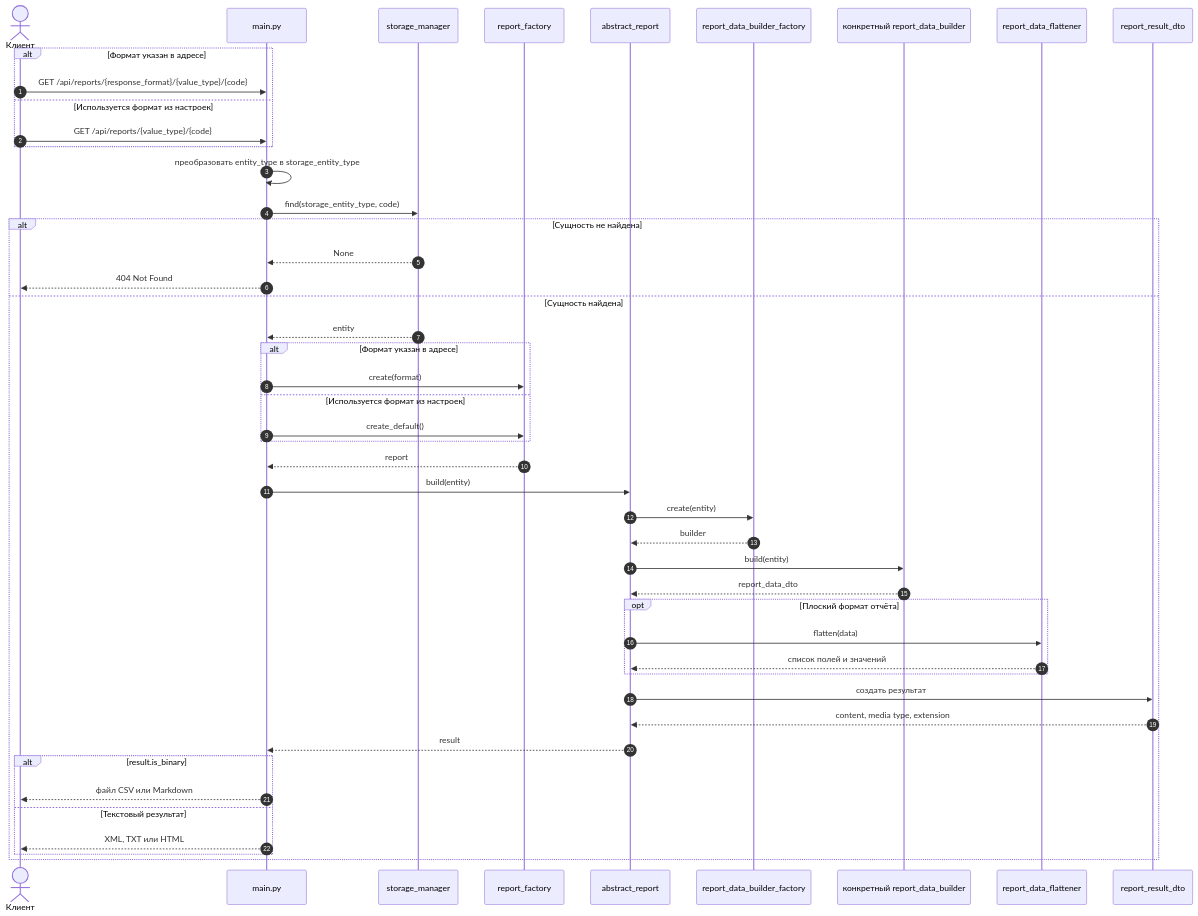
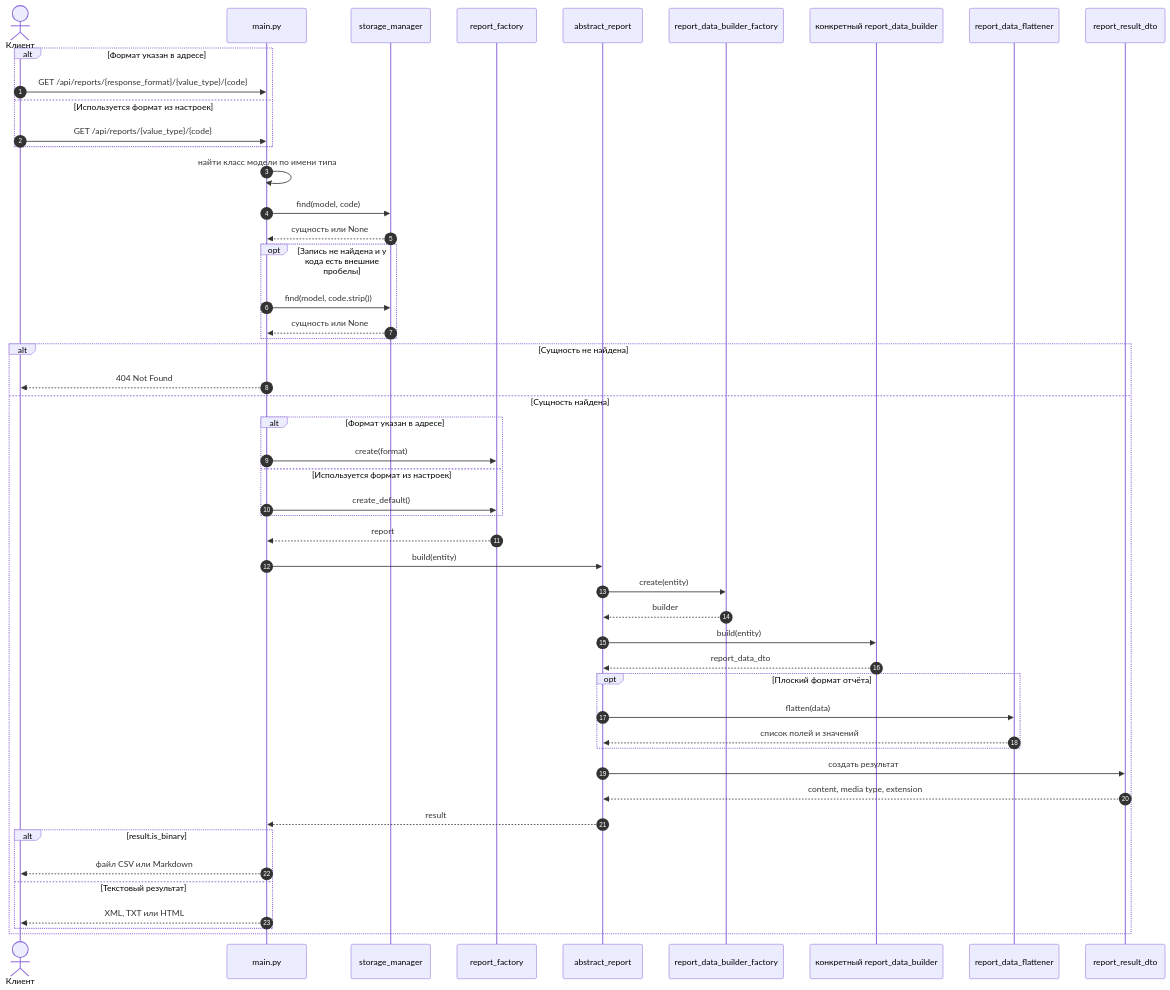
The second of 2 diagrams in Docs/UML/Reports.md (NikShep21/patterns2026), drawn with Mermaid before and after one commit. The commit also changed 2 other files, not shown here.

Commit message:
simplify entity lookup for reports

````diff
--- a/Docs/UML/Reports.md
+++ b/Docs/UML/Reports.md
@@ -172,54 +172,56 @@
 ```mermaid
 sequenceDiagram
     autonumber
     actor Client as Клиент
     participant API as main.py
     participant Storage as storage_manager
     participant Factory as report_factory
     participant Report as abstract_report
     participant BuilderFactory as report_data_builder_factory
     participant Builder as конкретный report_data_builder
     participant Flattener as report_data_flattener
     participant Result as report_result_dto
 
     alt Формат указан в адресе
         Client->>API: GET /api/reports/{response_format}/{value_type}/{code}
     else Используется формат из настроек
         Client->>API: GET /api/reports/{value_type}/{code}
     end
-    API->>API: преобразовать entity_type в storage_entity_type
-    API->>Storage: find(storage_entity_type, code)
+    API->>API: найти класс модели по имени типа
+    API->>Storage: find(model, code)
+    Storage-->>API: сущность или None
+    opt Запись не найдена и у кода есть внешние пробелы
+        API->>Storage: find(model, code.strip())
+        Storage-->>API: сущность или None
+    end
 
     alt Сущность не найдена
-        Storage-->>API: None
         API-->>Client: 404 Not Found
     else Сущность найдена
-        Storage-->>API: entity
-
         alt Формат указан в адресе
             API->>Factory: create(format)
         else Используется формат из настроек
             API->>Factory: create_default()
         end
 
         Factory-->>API: report
         API->>Report: build(entity)
         Report->>BuilderFactory: create(entity)
         BuilderFactory-->>Report: builder
         Report->>Builder: build(entity)
         Builder-->>Report: report_data_dto
         opt Плоский формат отчёта
             Report->>Flattener: flatten(data)
             Flattener-->>Report: список полей и значений
         end
         Report->>Result: создать результат
         Result-->>Report: content, media type, extension
         Report-->>API: result
 
         alt result.is_binary
             API-->>Client: файл CSV или Markdown
         else Текстовый результат
             API-->>Client: XML, TXT или HTML
         end
     end
 ```
````
